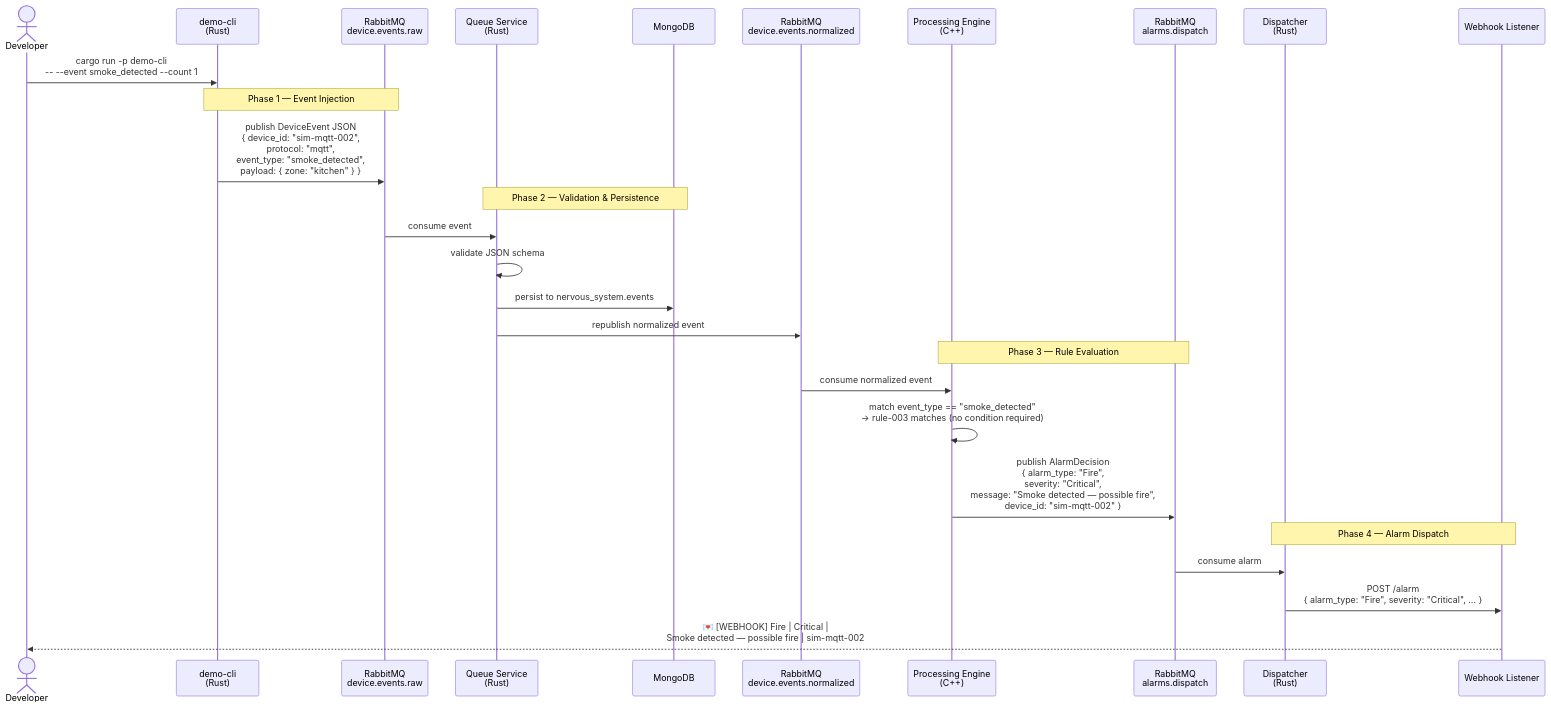
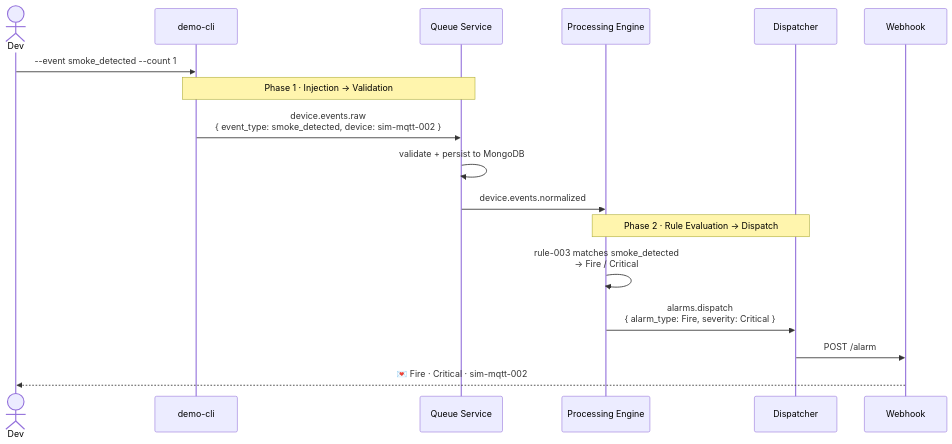
The second of 2 diagrams in docs/flow.md (arosenfeld2003/qwasar-nervous-system), drawn with Mermaid before and after one commit. The commit also changed other lines of this file, not shown here.

First line of the commit message:
Simplify flow diagrams: fewer participants, larger font, two focused diagrams

````diff
--- a/docs/flow.md
+++ b/docs/flow.md
@@ -5,38 +39,25 @@
 ```mermaid
+%%{init: {"theme": "default", "themeVariables": {"fontSize": "18px"}}}%%
 sequenceDiagram
-    actor Dev as Developer
-    participant CLI as demo-cli<br/>(Rust)
-    participant RAW as RabbitMQ<br/>device.events.raw
-    participant Q as Queue Service<br/>(Rust)
-    participant DB as MongoDB
-    participant NORM as RabbitMQ<br/>device.events.normalized
-    participant PE as Processing Engine<br/>(C++)
-    participant DISP_Q as RabbitMQ<br/>alarms.dispatch
-    participant D as Dispatcher<br/>(Rust)
-    participant WH as Webhook Listener
+    actor Dev
+    participant CLI as demo-cli
+    participant Q as Queue Service
+    participant PE as Processing Engine
+    participant D as Dispatcher
+    participant WH as Webhook
 
-    Dev->>CLI: cargo run -p demo-cli<br/>-- --event smoke_detected --count 1
+    Dev->>CLI: --event smoke_detected --count 1
 
-    Note over CLI,RAW: Phase 1 — Event Injection
+    Note over CLI,Q: Phase 1 · Injection → Validation
 
-    CLI->>RAW: publish DeviceEvent JSON<br/>{ device_id: "sim-mqtt-002",<br/>  protocol: "mqtt",<br/>  event_type: "smoke_detected",<br/>  payload: { zone: "kitchen" } }
+    CLI->>Q: device.events.raw<br/>{ event_type: smoke_detected, device: sim-mqtt-002 }
+    Q->>Q: validate + persist to MongoDB
+    Q->>PE: device.events.normalized
 
-    Note over Q,DB: Phase 2 — Validation & Persistence
+    Note over PE,D: Phase 2 · Rule Evaluation → Dispatch
 
-    RAW->>Q: consume event
-    Q->>Q: validate JSON schema
-    Q->>DB: persist to nervous_system.events
-    Q->>NORM: republish normalized event
-
-    Note over PE,DISP_Q: Phase 3 — Rule Evaluation
-
-    NORM->>PE: consume normalized event
-    PE->>PE: match event_type == "smoke_detected"<br/>→ rule-003 matches (no condition required)
-    PE->>DISP_Q: publish AlarmDecision<br/>{ alarm_type: "Fire",<br/>  severity: "Critical",<br/>  message: "Smoke detected — possible fire",<br/>  device_id: "sim-mqtt-002" }
-
-    Note over D,WH: Phase 4 — Alarm Dispatch
-
-    DISP_Q->>D: consume alarm
-    D->>WH: POST /alarm<br/>{ alarm_type: "Fire", severity: "Critical", ... }
-    WH-->>Dev: 💌 [WEBHOOK] Fire | Critical |<br/>Smoke detected — possible fire | sim-mqtt-002
+    PE->>PE: rule-003 matches smoke_detected<br/>→ Fire / Critical
+    PE->>D: alarms.dispatch<br/>{ alarm_type: Fire, severity: Critical }
+    D->>WH: POST /alarm
+    WH-->>Dev: 💌 Fire · Critical · sim-mqtt-002
 ```
````
